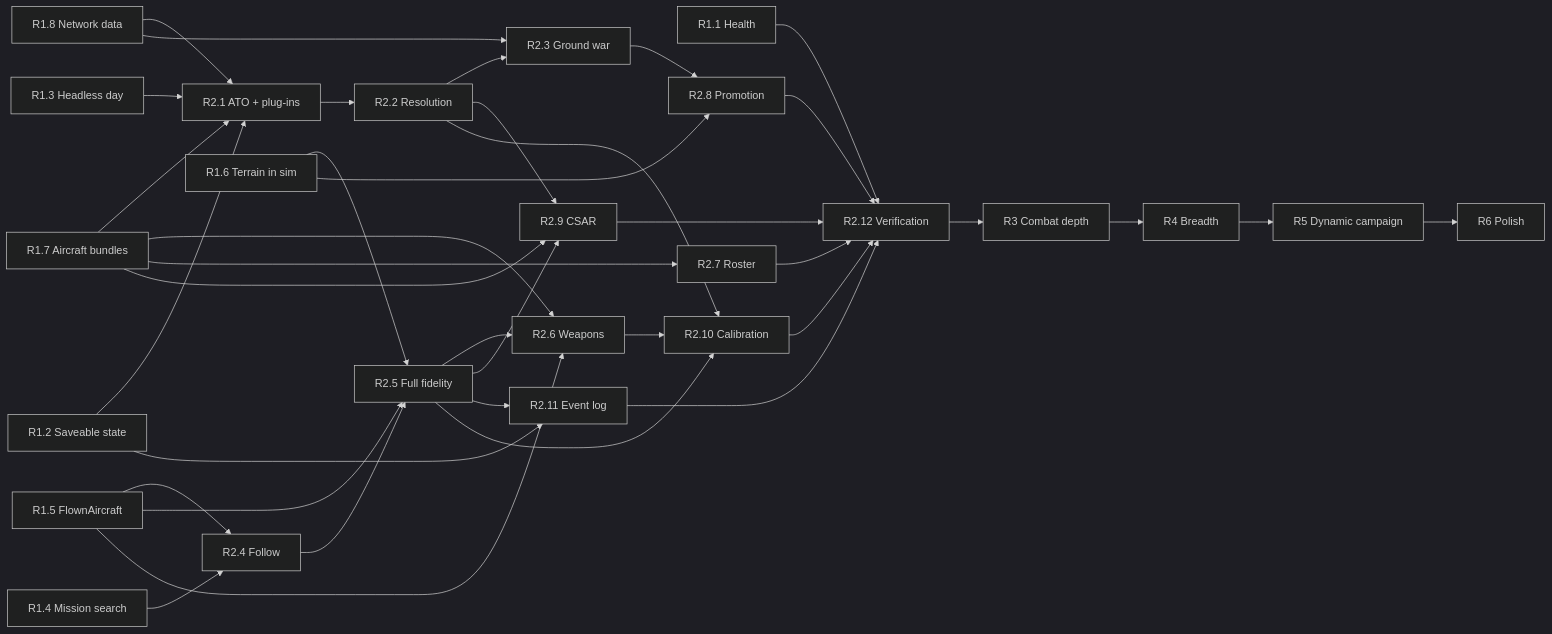
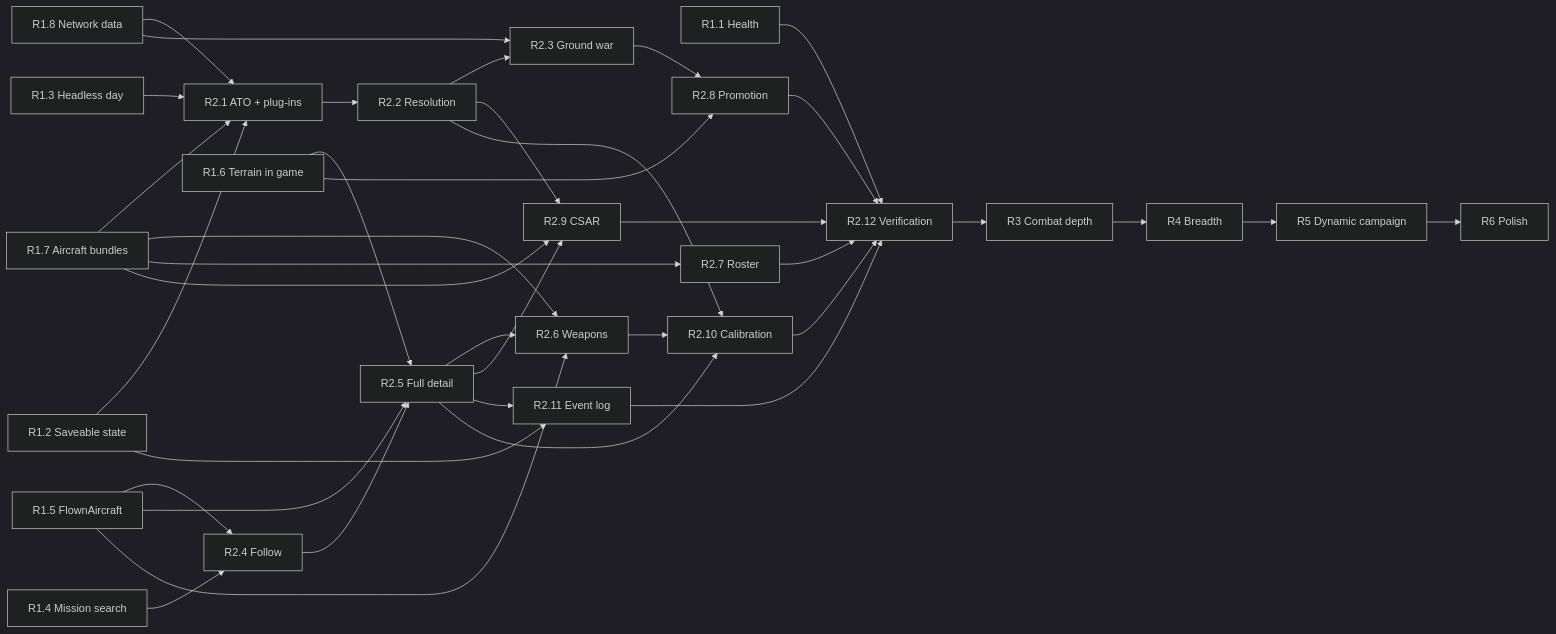
The diagram in docs/roadmap.md (nickelm/bearing), drawn with Mermaid (dark theme) before and after one commit. The commit also changed other lines of this file and 3 other files, not shown here.

Commit message:
Docs: flight view, level of detail, game engine in the core documents

````diff
--- a/docs/roadmap.md
+++ b/docs/roadmap.md
@@ -353,23 +353,23 @@
 ```mermaid
 flowchart LR
   R11[R1.1 Health] --> R212
   R12[R1.2 Saveable state] --> R21 & R211
   R13[R1.3 Headless day] --> R21
   R14[R1.4 Mission search] --> R24
   R15[R1.5 FlownAircraft] --> R24 & R25 & R26
-  R16[R1.6 Terrain in sim] --> R25 & R28
+  R16[R1.6 Terrain in game] --> R25 & R28
   R17[R1.7 Aircraft bundles] --> R21 & R26 & R27 & R29
   R18[R1.8 Network data] --> R21 & R23
   R21[R2.1 ATO + plug-ins] --> R22[R2.2 Resolution]
   R22 --> R23[R2.3 Ground war]
   R22 --> R29[R2.9 CSAR]
-  R24[R2.4 Follow] --> R25[R2.5 Full fidelity]
+  R24[R2.4 Follow] --> R25[R2.5 Full detail]
   R25 --> R26[R2.6 Weapons]
   R25 --> R29
   R25 --> R211[R2.11 Event log]
   R23 --> R28[R2.8 Promotion]
   R22 & R25 & R26 --> R210[R2.10 Calibration]
   R27[R2.7 Roster] --> R212[R2.12 Verification]
   R28 & R29 & R210 & R211 --> R212
   R212 --> R3[R3 Combat depth] --> R4[R4 Breadth] --> R5[R5 Dynamic campaign] --> R6[R6 Polish]
 ```
````
